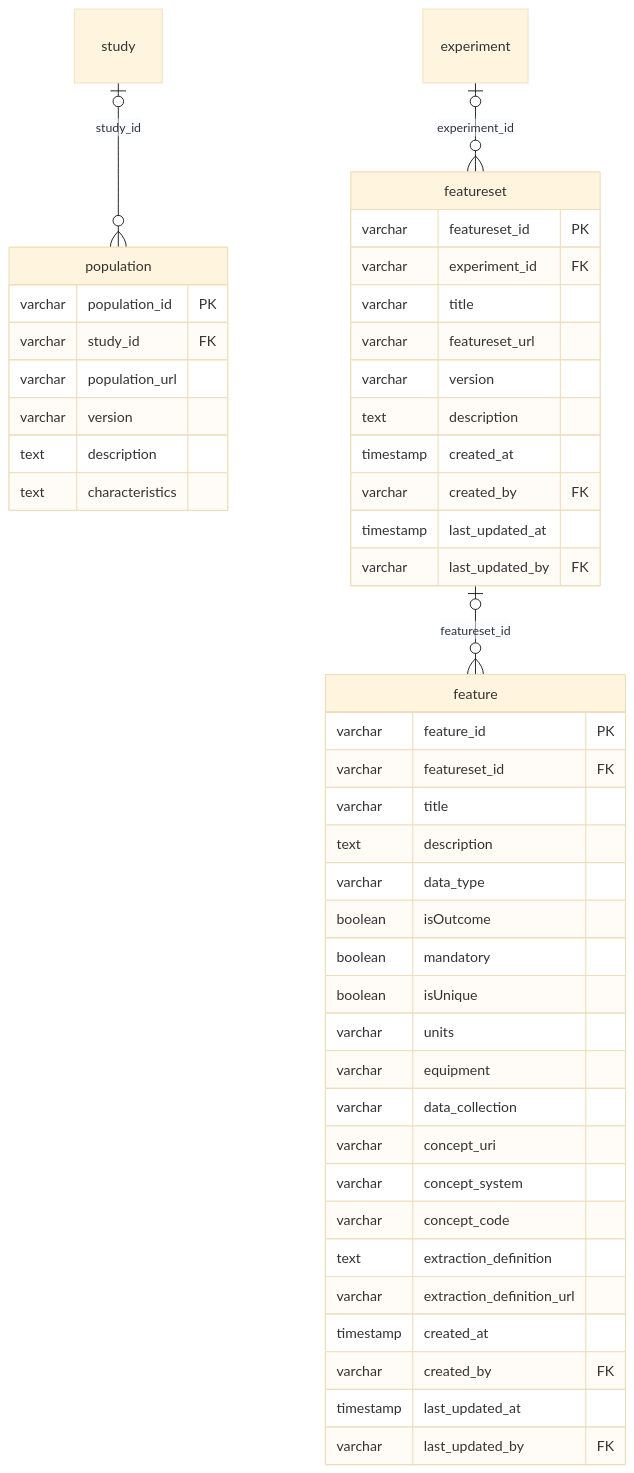
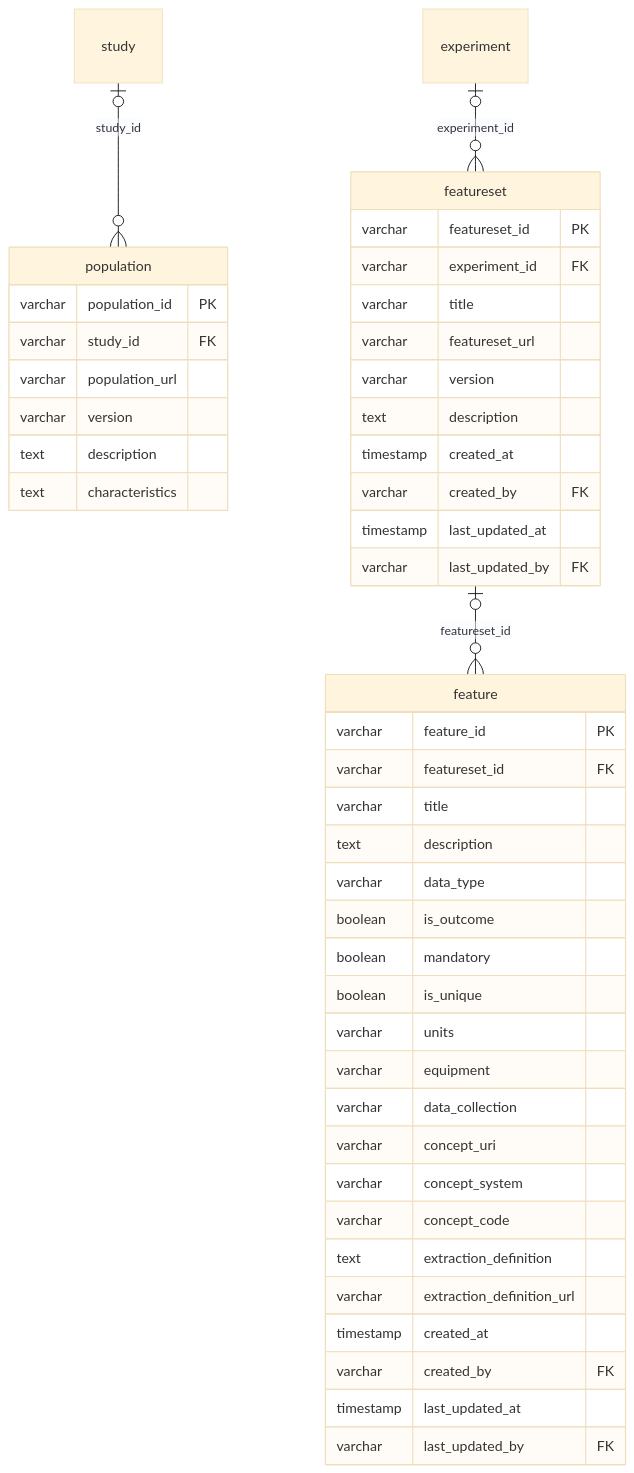
Before and after one commit to AI4HF/passport: the third of 8 diagrams in docs/data-model/README.md, drawn with Mermaid (base theme). The commit also changed other lines of this file and 7 other files, not shown here.

````diff
--- a/docs/data-model/README.md
+++ b/docs/data-model/README.md
@@ -116,48 +116,48 @@
 ```mermaid
 erDiagram
     population {
         varchar population_id PK
         varchar study_id FK
         varchar population_url
         varchar version
         text description
         text characteristics
     }
     featureset {
         varchar featureset_id PK
         varchar experiment_id FK
         varchar title
         varchar featureset_url
         varchar version
         text description
         timestamp created_at
         varchar created_by FK
         timestamp last_updated_at
         varchar last_updated_by FK
     }
     feature {
         varchar feature_id PK
         varchar featureset_id FK
         varchar title
         text description
         varchar data_type
-        boolean isOutcome
+        boolean is_outcome
         boolean mandatory
-        boolean isUnique
+        boolean is_unique
         varchar units
         varchar equipment
         varchar data_collection
         varchar concept_uri
         varchar concept_system
         varchar concept_code
         text extraction_definition
         varchar extraction_definition_url
         timestamp created_at
         varchar created_by FK
         timestamp last_updated_at
         varchar last_updated_by FK
     }
     study |o--o{ population : "study_id"
     experiment |o--o{ featureset : "experiment_id"
     featureset |o--o{ feature : "featureset_id"
 ```
````
